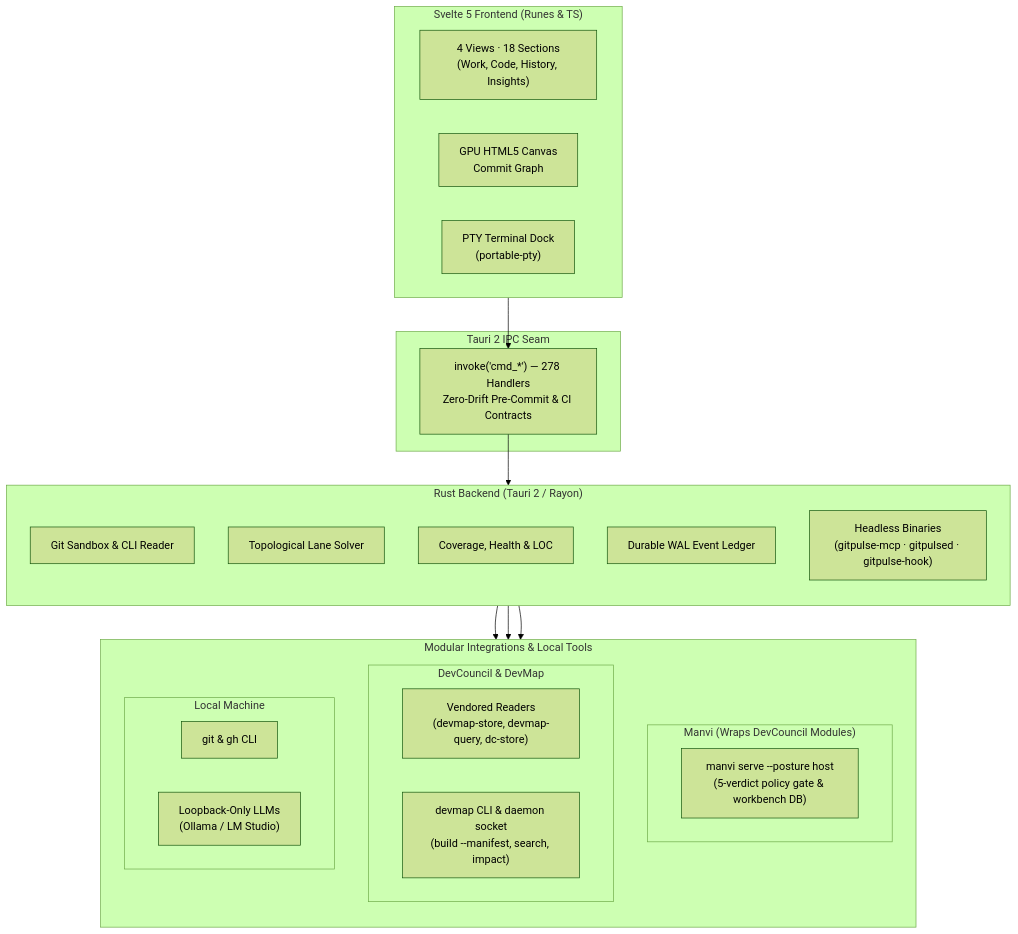
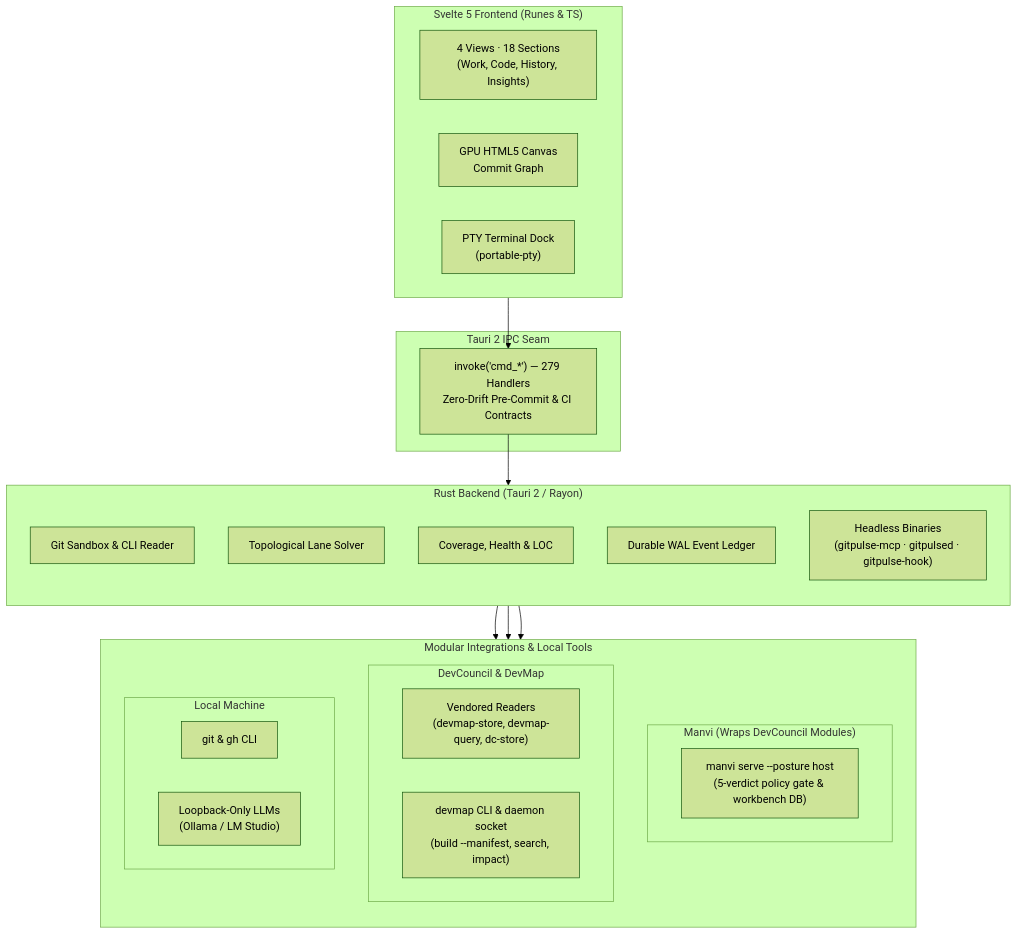
One commit to bharathvbcr/GitPulse changed the diagram in README.md. Above: the diagram before and after it, drawn with Mermaid (forest theme). The commit also changed 18 other files, not shown here.

````diff
--- a/README.md
+++ b/README.md
@@ -123,43 +123,43 @@
 ```mermaid
 flowchart TB
     subgraph Frontend["Svelte 5 Frontend (Runes & TS)"]
         direction LR
         Views["4 Views · 18 Sections<br/>(Work, Code, History, Insights)"]
         Canvas["GPU HTML5 Canvas<br/>Commit Graph"]
         TerminalDock["PTY Terminal Dock<br/>(portable-pty)"]
     end
 
     subgraph IPC["Tauri 2 IPC Seam"]
-        Bridge["invoke('cmd_*') — 278 Handlers<br/>Zero-Drift Pre-Commit & CI Contracts"]
+        Bridge["invoke('cmd_*') — 279 Handlers<br/>Zero-Drift Pre-Commit & CI Contracts"]
     end
 
     subgraph Backend["Rust Backend (Tauri 2 / Rayon)"]
         direction TB
         GitEngine["Git Sandbox & CLI Reader"]
         LaneSolver["Topological Lane Solver"]
         Analyzers["Coverage, Health & LOC"]
         Ledger["Durable WAL Event Ledger"]
         Headless["Headless Binaries<br/>(gitpulse-mcp · gitpulsed · gitpulse-hook)"]
     end
 
     subgraph Integrations["Modular Integrations & Local Tools"]
         direction TB
         subgraph ManviWrap["Manvi (Wraps DevCouncil Modules)"]
             ManviSidecar["manvi serve --posture host<br/>(5-verdict policy gate & workbench DB)"]
         end
         subgraph DevCouncilMods["DevCouncil & DevMap"]
             Vendored["Vendored Readers<br/>(devmap-store, devmap-query, dc-store)"]
             DevMapCLI["devmap CLI & daemon socket<br/>(build --manifest, search, impact)"]
         end
         subgraph LocalTools["Local Machine"]
             CLI["git & gh CLI"]
             LocalLLM["Loopback-Only LLMs<br/>(Ollama / LM Studio)"]
         end
     end
 
     Frontend --> Bridge
     Bridge --> Backend
     Backend --> ManviWrap
     Backend --> DevCouncilMods
     Backend --> LocalTools
 ```
````
